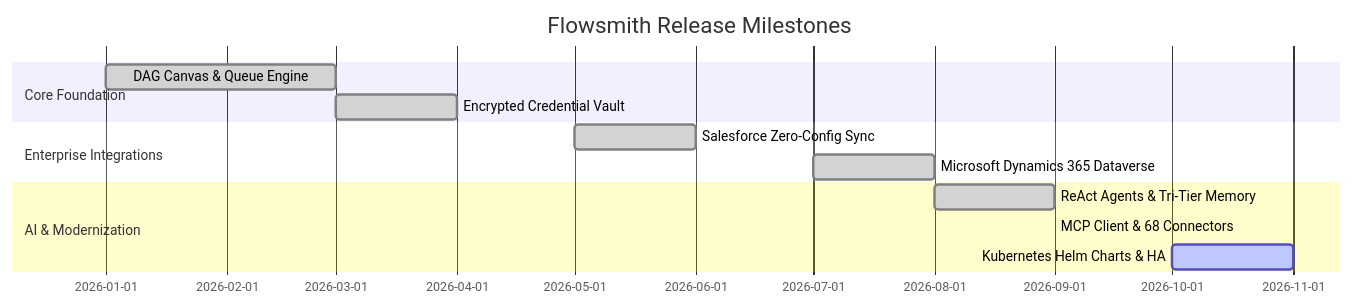
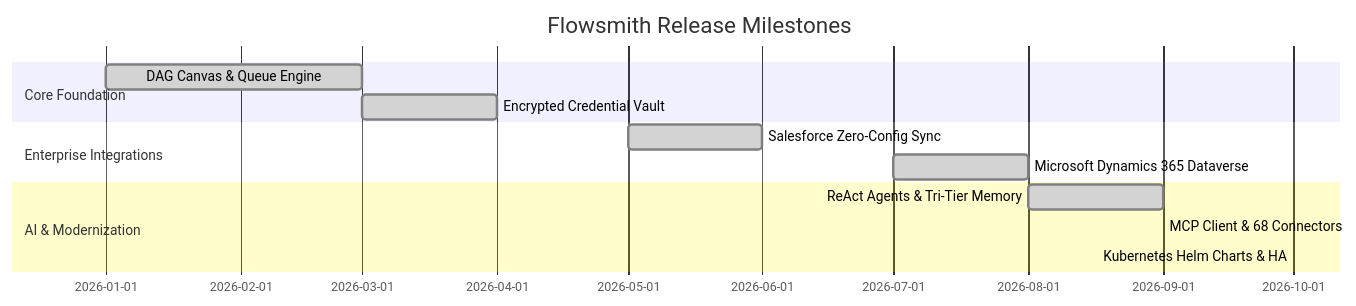
Before and after one commit to gauravsahoo-ops/Flowsmith: the second of 2 diagrams in docs/PRODUCT_REQUIREMENTS_DOCUMENT.md, drawn with Mermaid. The commit also changed other lines of this file and 371 other files, not shown here.

````diff
--- a/docs/PRODUCT_REQUIREMENTS_DOCUMENT.md
+++ b/docs/PRODUCT_REQUIREMENTS_DOCUMENT.md
@@ -240,15 +240,15 @@
 ```mermaid
 gantt
     title Flowsmith Release Milestones
     dateFormat  YYYY-MM
     section Core Foundation
     DAG Canvas & Queue Engine       :done, 2026-01, 2026-03
     Encrypted Credential Vault      :done, 2026-03, 2026-04
     section Enterprise Integrations
     Salesforce Zero-Config Sync     :done, 2026-05, 2026-06
     Microsoft Dynamics 365 Dataverse:done, 2026-07, 2026-08
     section AI & Modernization
     ReAct Agents & Tri-Tier Memory  :done, 2026-08, 2026-09
     MCP Client & 68 Connectors      :done, 2026-09, 2026-09
-    Kubernetes Helm Charts & HA     :active, 2026-10, 2026-11
+    Kubernetes Helm Charts & HA     :done, 2026-10, 2026-10
 ```
````
